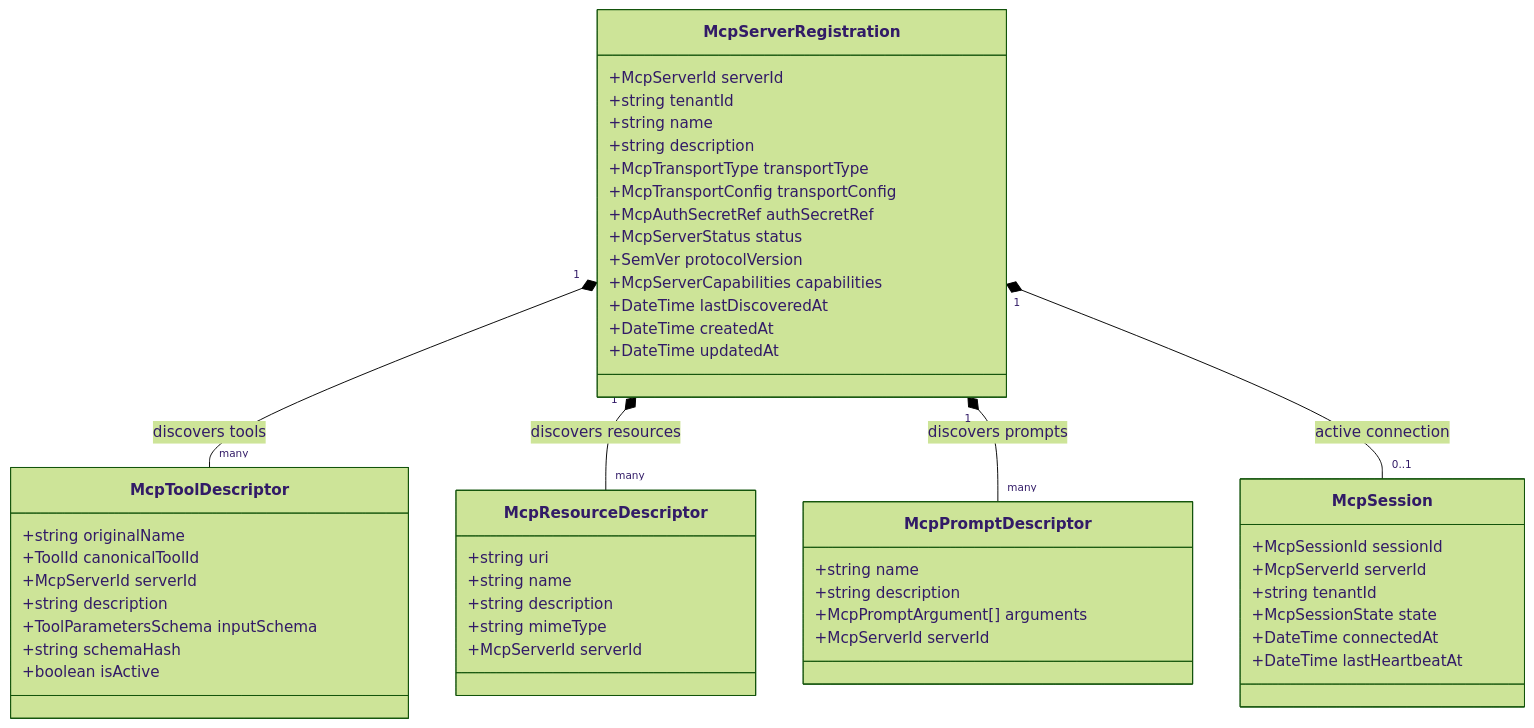
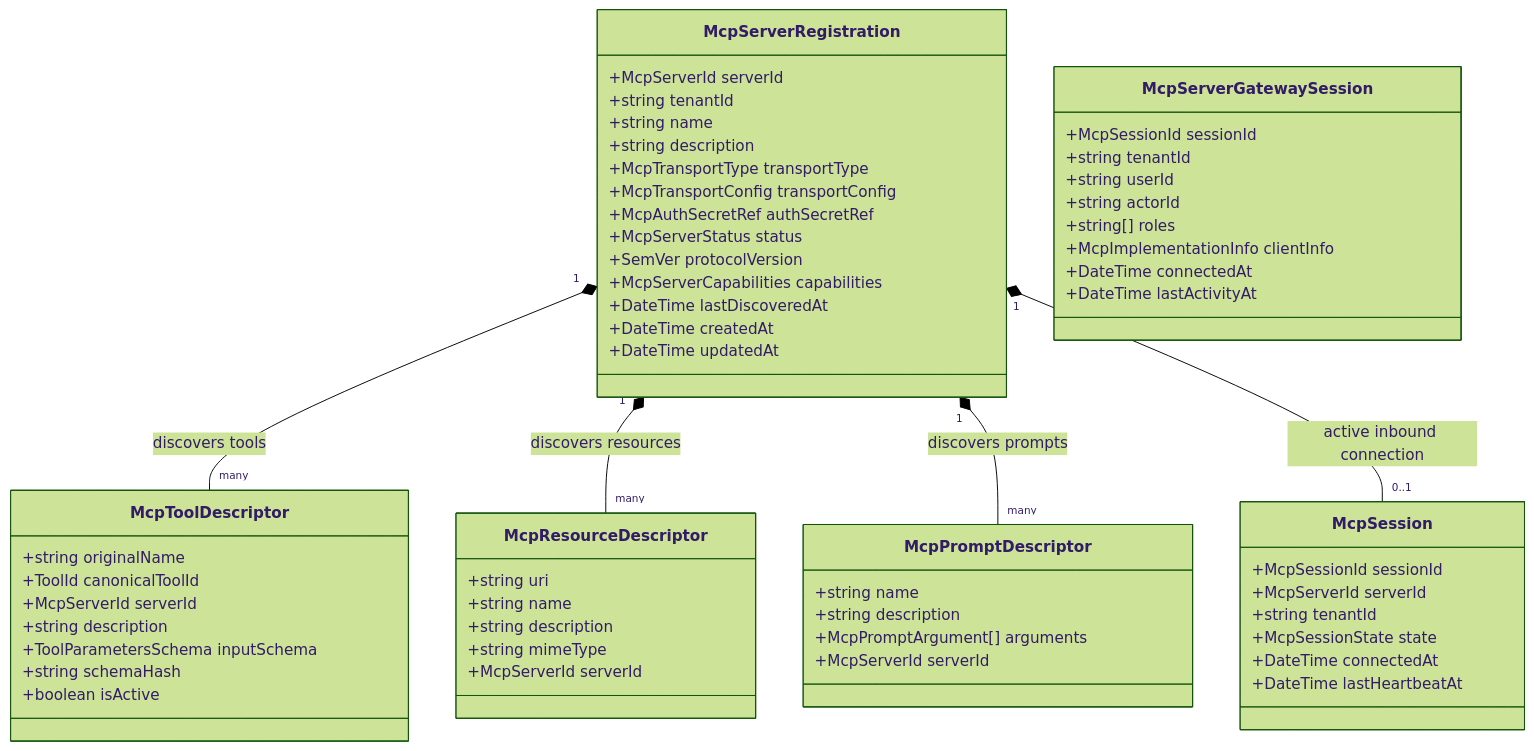
One commit to oicunt-ai/ai-platform changed the first of 5 diagrams in docs/contracts/mcp.md. Above: the diagram before and after it, drawn with Mermaid (forest theme). The commit also changed other lines of this file and 26 other files, not shown here.

Commit message:
feat: implement MCP server gateway

````diff
--- a/docs/contracts/mcp.md
+++ b/docs/contracts/mcp.md
@@ -201,57 +201,68 @@
 ```mermaid
 classDiagram
     class McpServerRegistration {
         +McpServerId serverId
         +string tenantId
         +string name
         +string description
         +McpTransportType transportType
         +McpTransportConfig transportConfig
         +McpAuthSecretRef authSecretRef
         +McpServerStatus status
         +SemVer protocolVersion
         +McpServerCapabilities capabilities
         +DateTime lastDiscoveredAt
         +DateTime createdAt
         +DateTime updatedAt
     }
 
     class McpToolDescriptor {
         +string originalName
         +ToolId canonicalToolId
         +McpServerId serverId
         +string description
         +ToolParametersSchema inputSchema
         +string schemaHash
         +boolean isActive
     }
 
     class McpResourceDescriptor {
         +string uri
         +string name
         +string description
         +string mimeType
         +McpServerId serverId
     }
 
     class McpPromptDescriptor {
         +string name
         +string description
         +McpPromptArgument[] arguments
         +McpServerId serverId
     }
 
     class McpSession {
         +McpSessionId sessionId
         +McpServerId serverId
         +string tenantId
         +McpSessionState state
         +DateTime connectedAt
         +DateTime lastHeartbeatAt
     }
 
+    class McpServerGatewaySession {
+        +McpSessionId sessionId
+        +string tenantId
+        +string userId
+        +string actorId
+        +string[] roles
+        +McpImplementationInfo clientInfo
+        +DateTime connectedAt
+        +DateTime lastActivityAt
+    }
+
     McpServerRegistration "1" *-- "many" McpToolDescriptor : discovers tools
     McpServerRegistration "1" *-- "many" McpResourceDescriptor : discovers resources
     McpServerRegistration "1" *-- "many" McpPromptDescriptor : discovers prompts
-    McpServerRegistration "1" *-- "0..1" McpSession : active connection
+    McpServerRegistration "1" *-- "0..1" McpSession : active inbound connection
 ```
````
